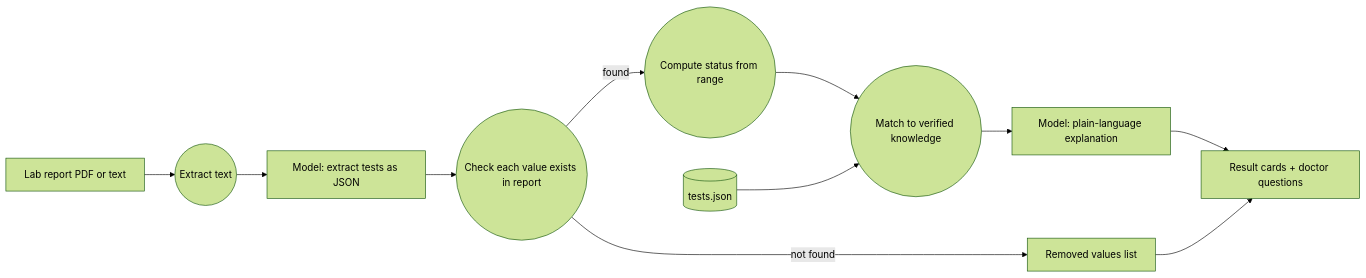
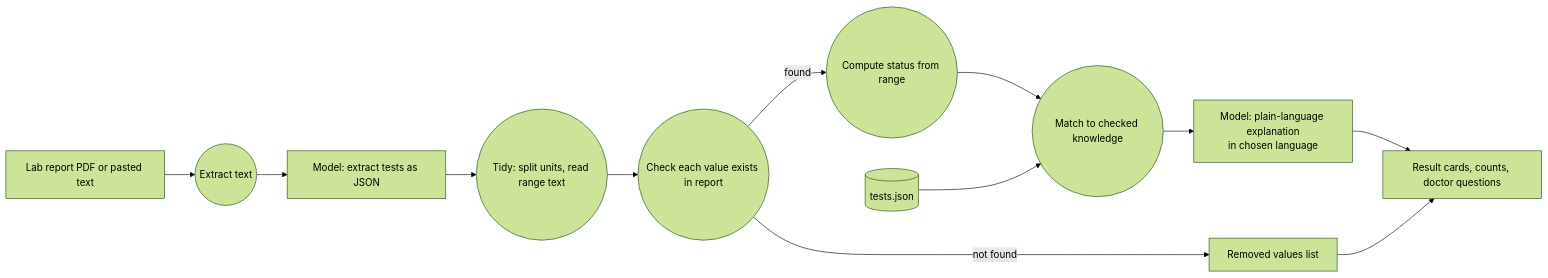
One commit to AR18now/reportsamjho changed the second of 3 diagrams in README.md. Above: the diagram before and after it, drawn with Mermaid (forest theme). The commit also changed other lines of this file and 3 other files, not shown here.

````diff
--- a/README.md
+++ b/README.md
@@ -70,13 +78,14 @@
 ```mermaid
 flowchart LR
-    R[Lab report PDF or text] --> T((Extract text))
+    R[Lab report PDF or pasted text] --> T((Extract text))
     T --> M1[Model: extract tests as JSON]
-    M1 --> G((Check each value exists in report))
+    M1 --> TD((Tidy: split units, read range text))
+    TD --> G((Check each value exists in report))
     G -- not found --> D[Removed values list]
     G -- found --> S((Compute status from range))
-    S --> K((Match to verified knowledge))
+    S --> K((Match to checked knowledge))
     KB[(tests.json)] --> K
-    K --> M2[Model: plain-language explanation]
-    M2 --> O[Result cards + doctor questions]
+    K --> M2[Model: plain-language explanation<br/>in chosen language]
+    M2 --> O[Result cards, counts, doctor questions]
     D --> O
 ```
````
